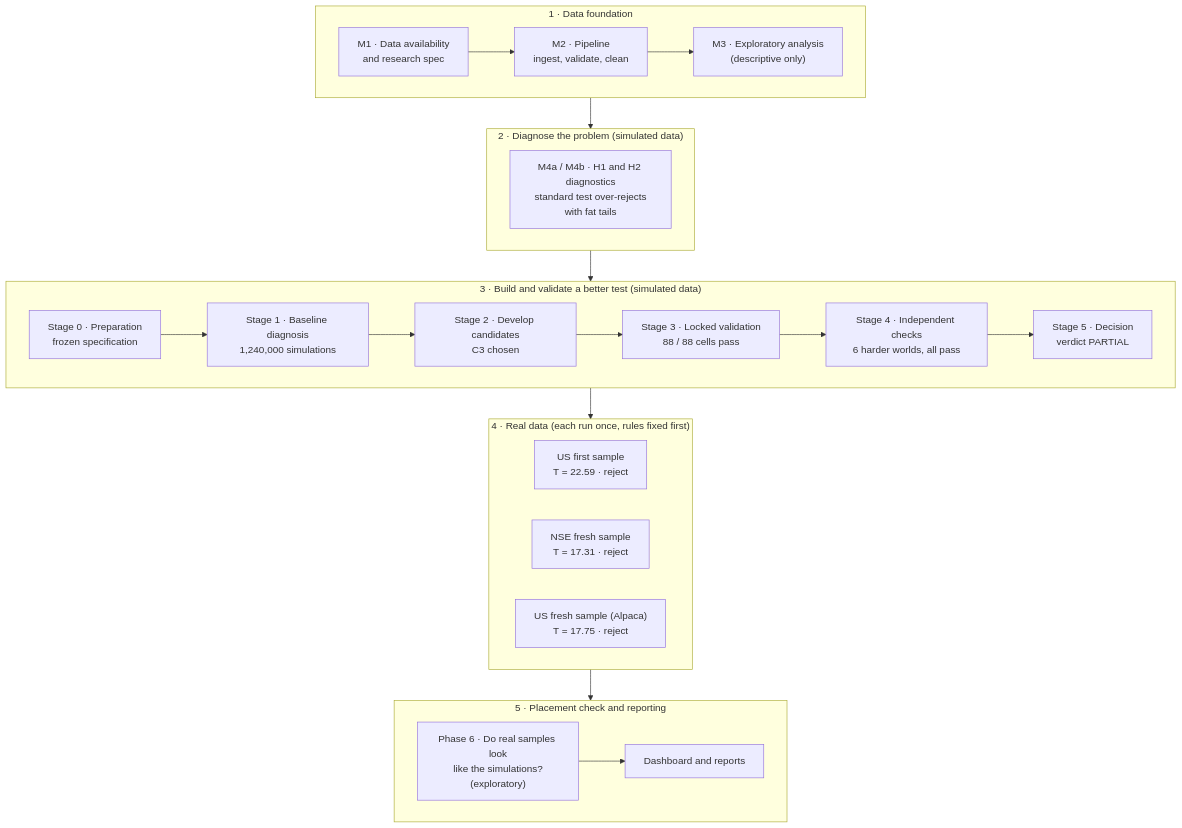
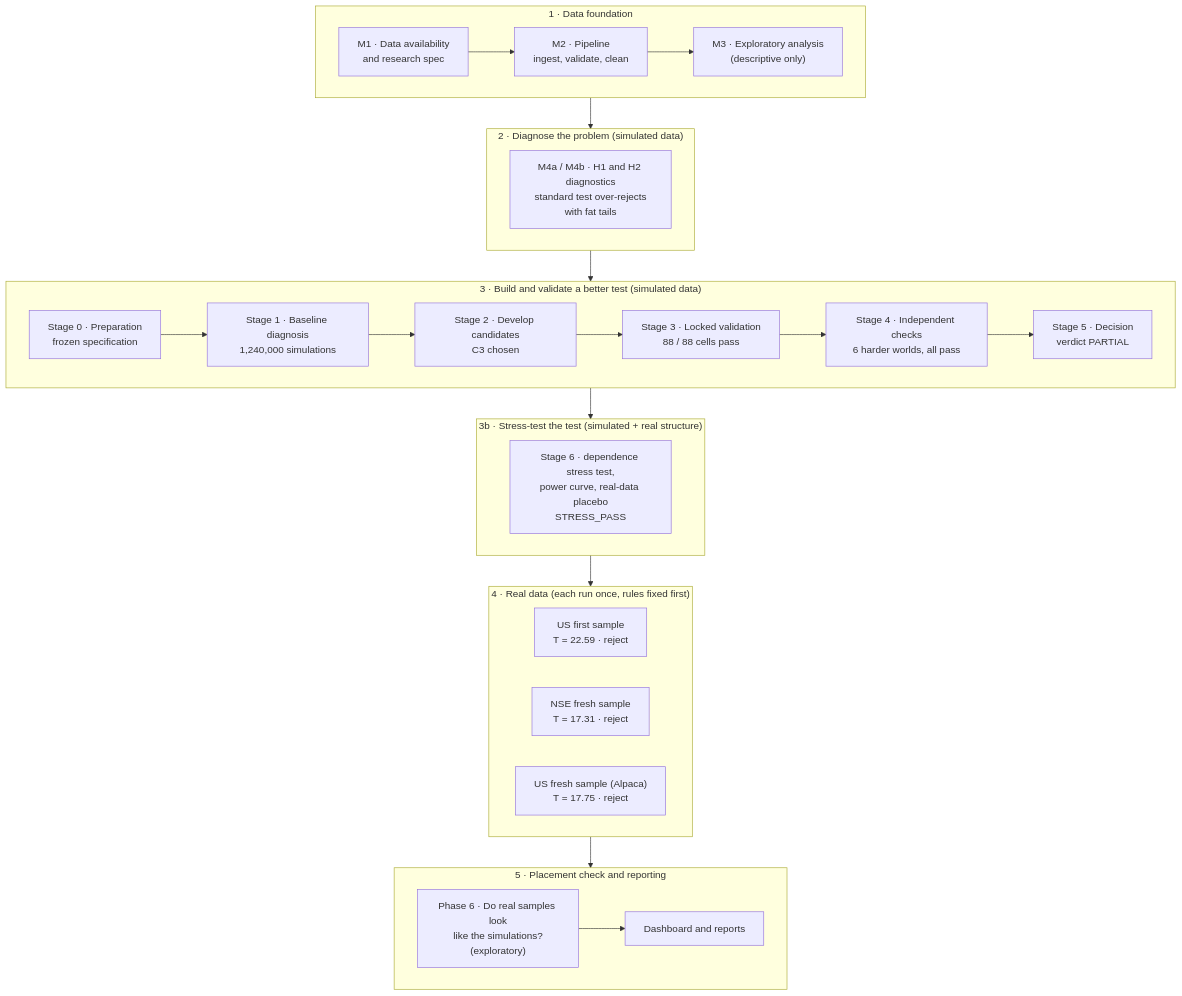
One commit to Pravin292/Quantlab changed the first of 3 diagrams in README.md. Above: the diagram before and after it, drawn with Mermaid. The commit also changed other lines of this file and 14 other files, not shown here.

First line of the commit message:
docs, README and dashboard: Stage 6 results, new Stress test page, plain-language answer

````diff
--- a/README.md
+++ b/README.md
@@ -83,28 +85,31 @@
 ```mermaid
 flowchart TD
     subgraph S1["1 · Data foundation"]
         M1["M1 · Data availability<br/>and research spec"] --> M2["M2 · Pipeline<br/>ingest, validate, clean"]
         M2 --> M3["M3 · Exploratory analysis<br/>(descriptive only)"]
     end
     subgraph S2["2 · Diagnose the problem (simulated data)"]
         M4["M4a / M4b · H1 and H2 diagnostics<br/>standard test over-rejects<br/>with fat tails"]
     end
     subgraph S3["3 · Build and validate a better test (simulated data)"]
         ST0["Stage 0 · Preparation<br/>frozen specification"] --> ST1["Stage 1 · Baseline diagnosis<br/>1,240,000 simulations"]
         ST1 --> ST2["Stage 2 · Develop candidates<br/>C3 chosen"]
         ST2 --> ST3["Stage 3 · Locked validation<br/>88 / 88 cells pass"]
         ST3 --> ST4["Stage 4 · Independent checks<br/>6 harder worlds, all pass"]
         ST4 --> ST5["Stage 5 · Decision<br/>verdict PARTIAL"]
     end
+    subgraph S3b["3b · Stress-test the test (simulated + real structure)"]
+        ST6["Stage 6 · dependence stress test,<br/>power curve, real-data placebo<br/>STRESS_PASS"]
+    end
     subgraph S4["4 · Real data (each run once, rules fixed first)"]
         R1["US first sample<br/>T = 22.59 · reject"]
         R2["NSE fresh sample<br/>T = 17.31 · reject"]
         R3["US fresh sample (Alpaca)<br/>T = 17.75 · reject"]
     end
     subgraph S5["5 · Placement check and reporting"]
         P6["Phase 6 · Do real samples look<br/>like the simulations?<br/>(exploratory)"]
         D["Dashboard and reports"]
     end
-    S1 --> S2 --> S3 --> S4 --> S5
+    S1 --> S2 --> S3 --> S3b --> S4 --> S5
     P6 --> D
 ```
````
